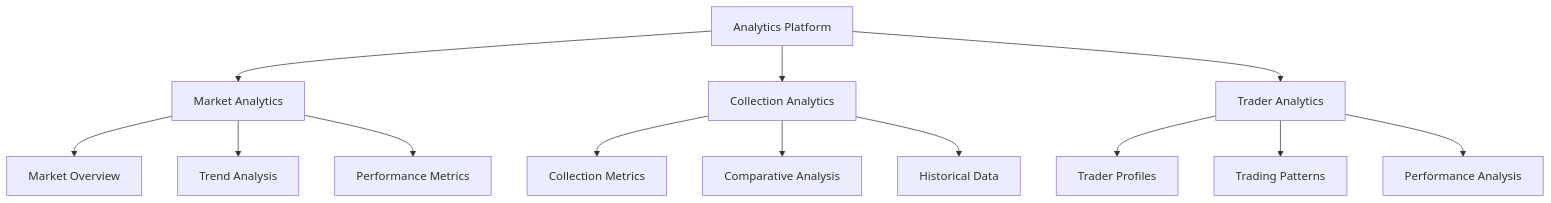
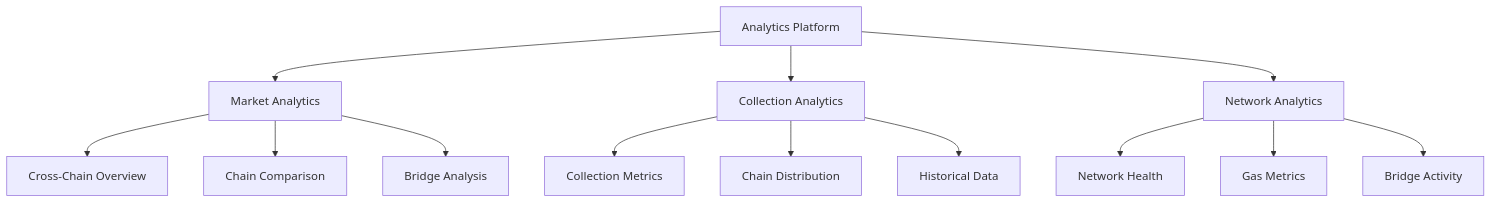
Before and after one commit to Ujjwalmittal1907/bitsBlockBazaar: the third of 3 diagrams in VISION.md, drawn with Mermaid. The commit also changed other lines of this file and 2 other files, not shown here.

````diff
--- a/VISION.md
+++ b/VISION.md
@@ -80,18 +87,18 @@
 ```mermaid
 flowchart TB
     A[Analytics Platform] --> B[Market Analytics]
     A --> C[Collection Analytics]
-    A --> D[Trader Analytics]
+    A --> D[Network Analytics]
     
-    B --> B1[Market Overview]
-    B --> B2[Trend Analysis]
-    B --> B3[Performance Metrics]
+    B --> B1[Cross-Chain Overview]
+    B --> B2[Chain Comparison]
+    B --> B3[Bridge Analysis]
     
     C --> C1[Collection Metrics]
-    C --> C2[Comparative Analysis]
+    C --> C2[Chain Distribution]
     C --> C3[Historical Data]
     
-    D --> D1[Trader Profiles]
-    D --> D2[Trading Patterns]
-    D --> D3[Performance Analysis]
+    D --> D1[Network Health]
+    D --> D2[Gas Metrics]
+    D --> D3[Bridge Activity]
 ```
````
